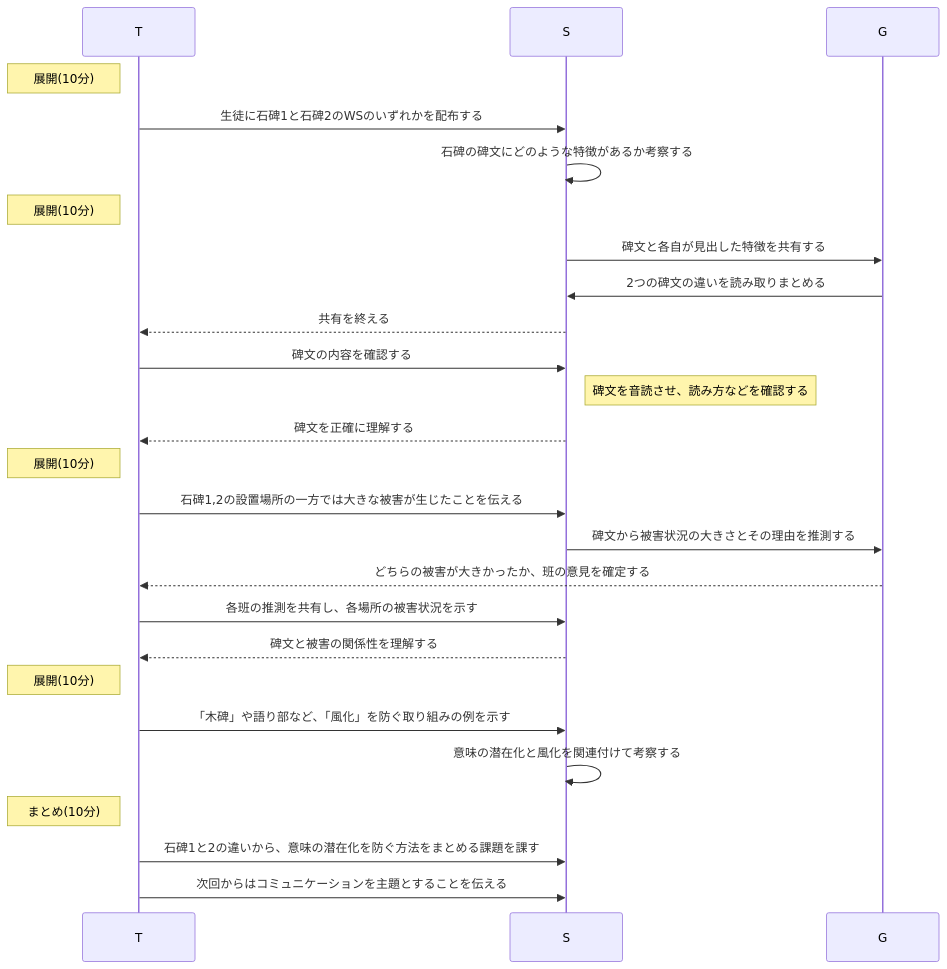
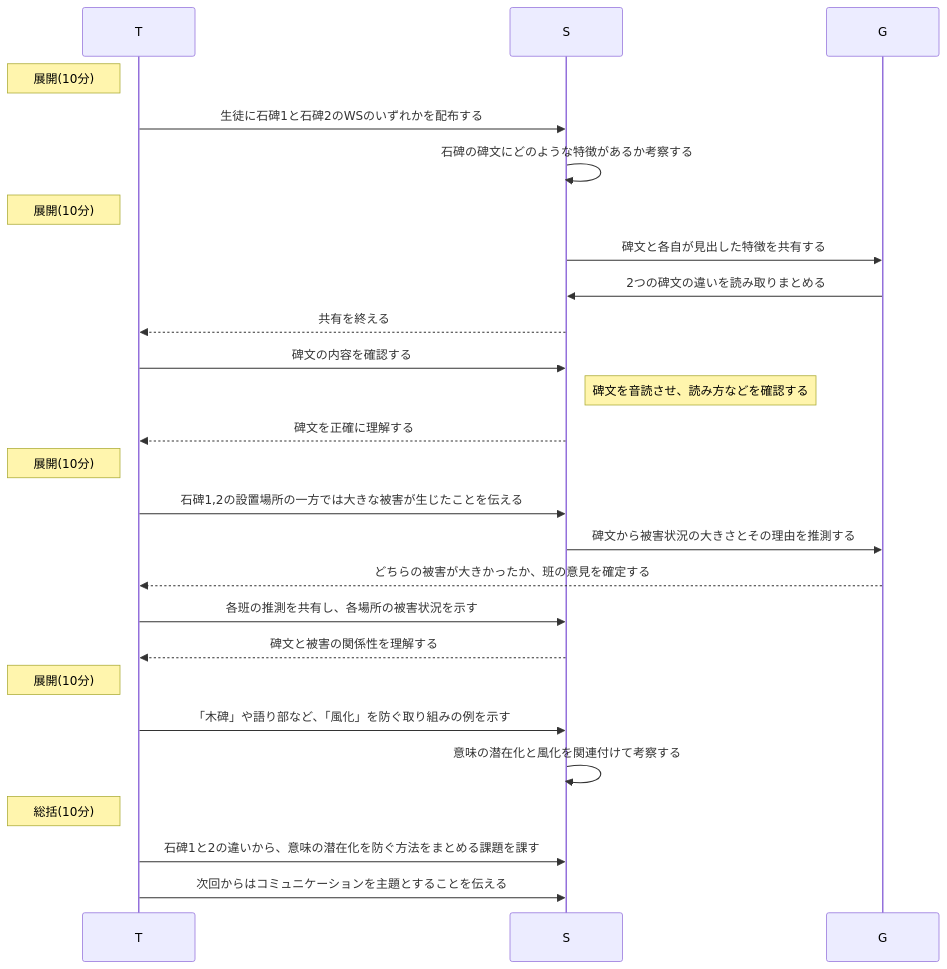
Before and after one commit to saireya/plan-informatics: the second of 2 diagrams in information/hier.md, drawn with Mermaid. The commit also changed 7 other files, not shown here.

````diff
--- a/information/hier.md
+++ b/information/hier.md
@@ -65,33 +65,33 @@
 ```mermaid
 sequenceDiagram
 	participant T
 	participant S
 	participant G
 
 Note left of T: 展開(10分)
 	T->>S: 生徒に石碑1と石碑2のWSのいずれかを配布する
 	S->>S: 石碑の碑文にどのような特徴があるか考察する
 
 Note left of T: 展開(10分)
 	S->>G: 碑文と各自が見出した特徴を共有する
 	G->>S: 2つの碑文の違いを読み取りまとめる
 	S-->>T: 共有を終える
 	T->>S: 碑文の内容を確認する
 	Note right of S: 碑文を音読させ、読み方などを確認する
 	S-->>T: 碑文を正確に理解する
 
 Note left of T: 展開(10分)
 	T->>S: 石碑1,2の設置場所の一方では大きな被害が生じたことを伝える
 	S->>G: 碑文から被害状況の大きさとその理由を推測する
 	G-->>T: どちらの被害が大きかったか、班の意見を確定する
 	T->>S: 各班の推測を共有し、各場所の被害状況を示す
 	S-->>T: 碑文と被害の関係性を理解する
 
 Note left of T: 展開(10分)
 	T->>S: 「木碑」や語り部など、「風化」を防ぐ取り組みの例を示す
 	S->>S: 意味の潜在化と風化を関連付けて考察する
 
-Note left of T: まとめ(10分)
+Note left of T: 総括(10分)
 	T->>S: 石碑1と2の違いから、意味の潜在化を防ぐ方法をまとめる課題を課す
 	T->>S: 次回からはコミュニケーションを主題とすることを伝える
 ```
````
